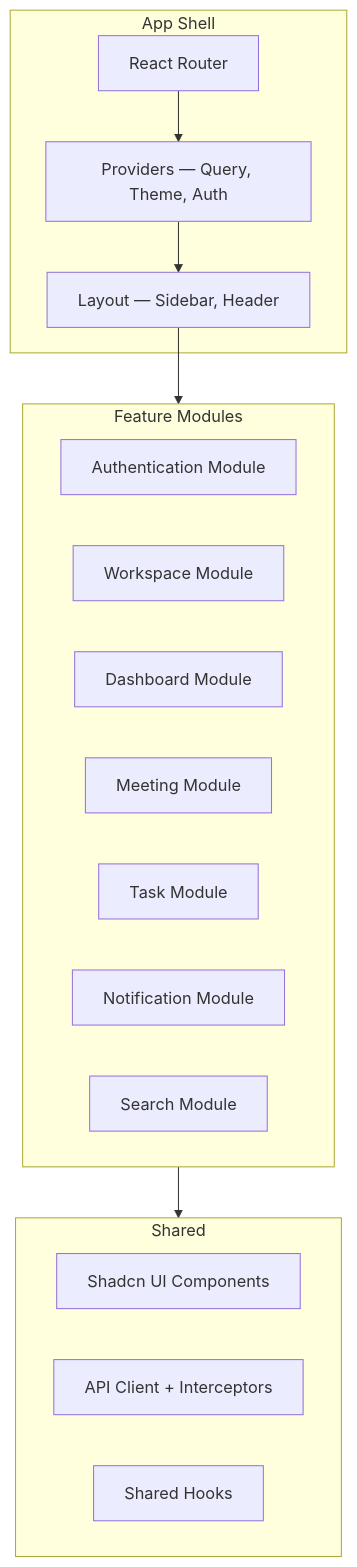
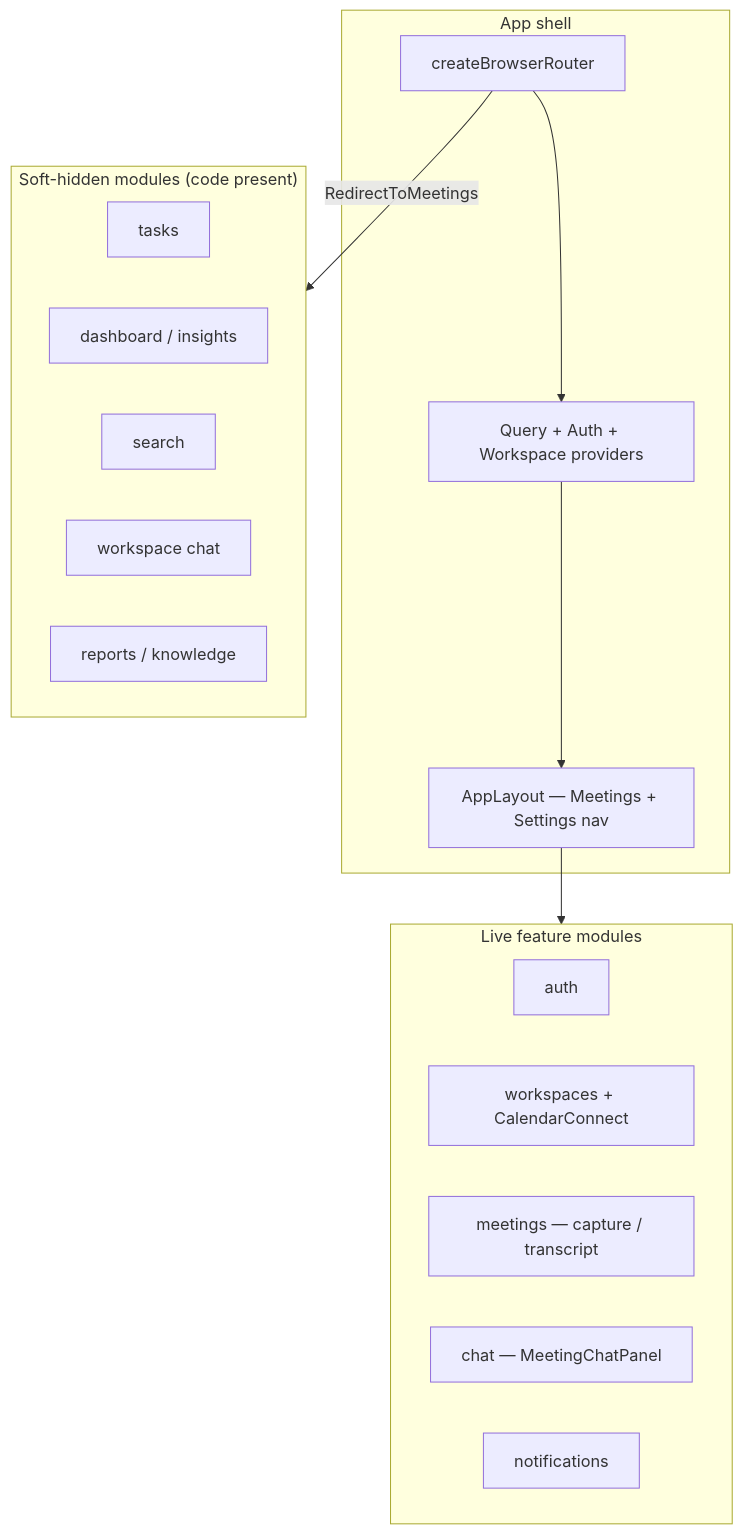
The second of 6 diagrams in docs/system-architecture.md (sumaiyabinterafiq97/AI-Meeting-Notes-Task-Manager), drawn with Mermaid before and after one commit. The commit also changed other lines of this file and 22 other files, not shown here.

Commit message:
docs: sync inventory, audits, and API/architecture to v0.7.2

````diff
--- a/docs/system-architecture.md
+++ b/docs/system-architecture.md
@@ -111,28 +89,28 @@
 ```mermaid
 flowchart TB
-    subgraph AppShell["App Shell"]
-        Router[React Router]
-        Providers[Providers — Query, Theme, Auth]
-        Layout[Layout — Sidebar, Header]
+    subgraph Shell["App shell"]
+        Router[createBrowserRouter]
+        Providers[Query + Auth + Workspace providers]
+        Layout[AppLayout — Meetings + Settings nav]
     end
 
-    subgraph Modules["Feature Modules"]
-        AuthMod[Authentication Module]
-        WSMod[Workspace Module]
-        DashMod[Dashboard Module]
-        MeetMod[Meeting Module]
-        TaskMod[Task Module]
-        NotifMod[Notification Module]
-        SearchMod[Search Module]
+    subgraph Live["Live feature modules"]
+        Auth[auth]
+        WS[workspaces + CalendarConnect]
+        Meetings[meetings — capture / transcript]
+        MeetChat[chat — MeetingChatPanel]
+        Notif[notifications]
     end
 
-    subgraph Shared["Shared"]
-        UI[Shadcn UI Components]
-        API[API Client + Interceptors]
-        Hooks[Shared Hooks]
+    subgraph Soft["Soft-hidden modules (code present)"]
+        Tasks[tasks]
+        Dash[dashboard / insights]
+        Search[search]
+        WChat[workspace chat]
+        Reports[reports / knowledge]
     end
 
     Router --> Providers --> Layout
-    Layout --> Modules
-    Modules --> Shared
+    Layout --> Live
+    Router -->|RedirectToMeetings| Soft
 ```
````
